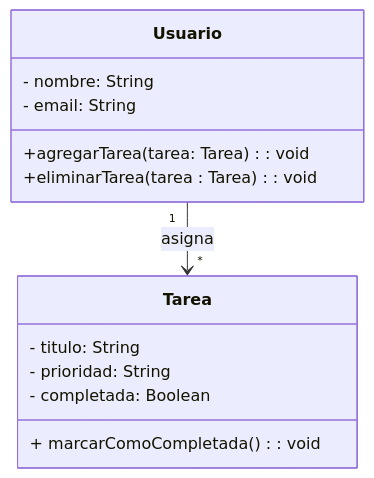
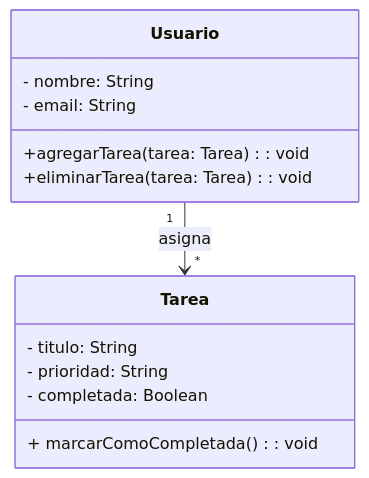
Before and after one commit to RaulBarreirorbi/cd_6_1: the diagram in Barreiro_Iglesias_Raul_cd06_1/Barreiro_Iglesias_Raul_cd06_1.md, drawn with Mermaid.

````diff
--- a/Barreiro_Iglesias_Raul_cd06_1/Barreiro_Iglesias_Raul_cd06_1.md
+++ b/Barreiro_Iglesias_Raul_cd06_1/Barreiro_Iglesias_Raul_cd06_1.md
@@ -62,16 +62,16 @@
 ```Mermaid
 classDiagram
     class Usuario{
     - nombre: String
     - email: String
     +agregarTarea(tarea: Tarea): void
-    +eliminarTarea(tarea : Tarea) : void
+    +eliminarTarea(tarea: Tarea): void
     }
     class Tarea{
     - titulo: String
     - prioridad: String
     - completada: Boolean
     + marcarComoCompletada() : void
     }
-    Usuario "1"--> "*" Tarea : asigna
+    Usuario "1" --> "*" Tarea : asigna
 ```
````
